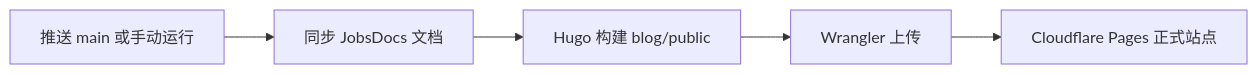
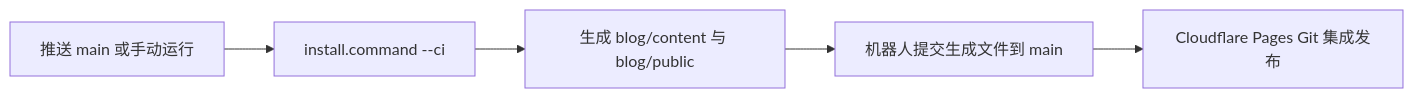
The diagram in README.md (JobsKits/JobsDocs), drawn with Mermaid before and after one commit. The commit also changed other lines of this file and 240 other files, not shown here.

````diff
--- a/README.md
+++ b/README.md
@@ -62,7 +62,7 @@
   ```mermaid
   flowchart LR
-      A["推送 main 或手动运行"] --> B["同步 JobsDocs 文档"]
-      B --> C["Hugo 构建 blog/public"]
-      C --> D["Wrangler 上传"]
-      D --> E["Cloudflare Pages 正式站点"]
+      A["推送 main 或手动运行"] --> B["install.command --ci"]
+      B --> C["生成 blog/content 与 blog/public"]
+      C --> D["机器人提交生成文件到 main"]
+      D --> E["Cloudflare Pages Git 集成发布"]
   ```
````
